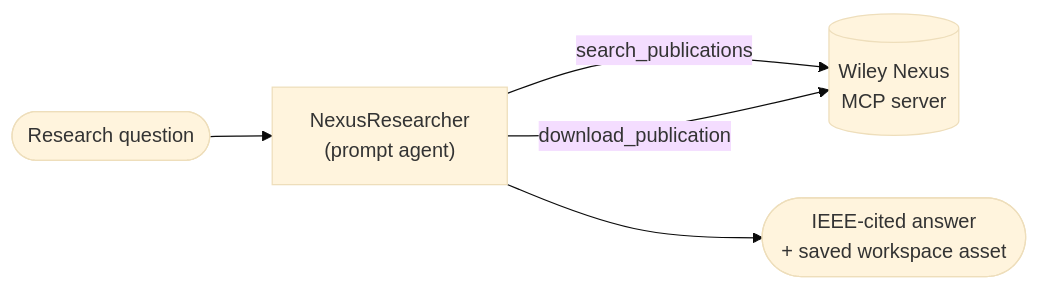
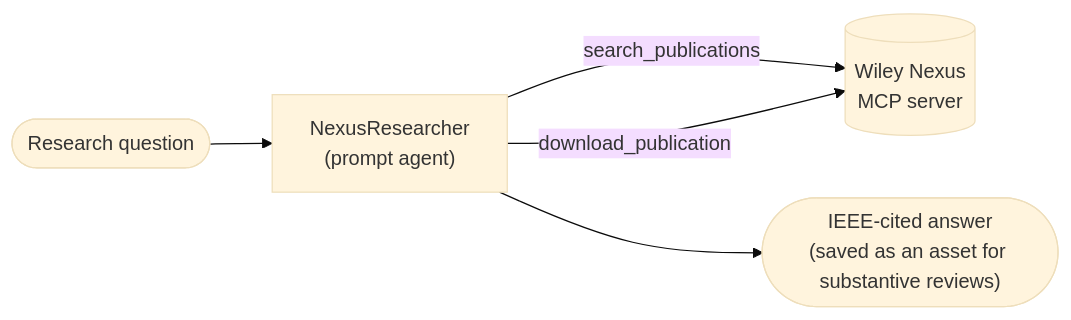
Before and after one commit to microsoft/discovery: the first of 2 diagrams in agents/wiley-nexus/README.md, drawn with Mermaid (base theme). The commit also changed other lines of this file and 7 other files, not shown here.

````diff
--- a/agents/wiley-nexus/README.md
+++ b/agents/wiley-nexus/README.md
@@ -33,7 +33,7 @@
 ```mermaid
 flowchart LR
     U(["Research question"]) --> R["NexusResearcher<br/>(prompt agent)"]
     R -->|search_publications| N[("Wiley Nexus<br/>MCP server")]
     R -->|download_publication| N
-    R --> A(["IEEE-cited answer<br/>+ saved workspace asset"])
+    R --> A(["IEEE-cited answer<br/>(saved as an asset for substantive reviews)"])
 ```
````
